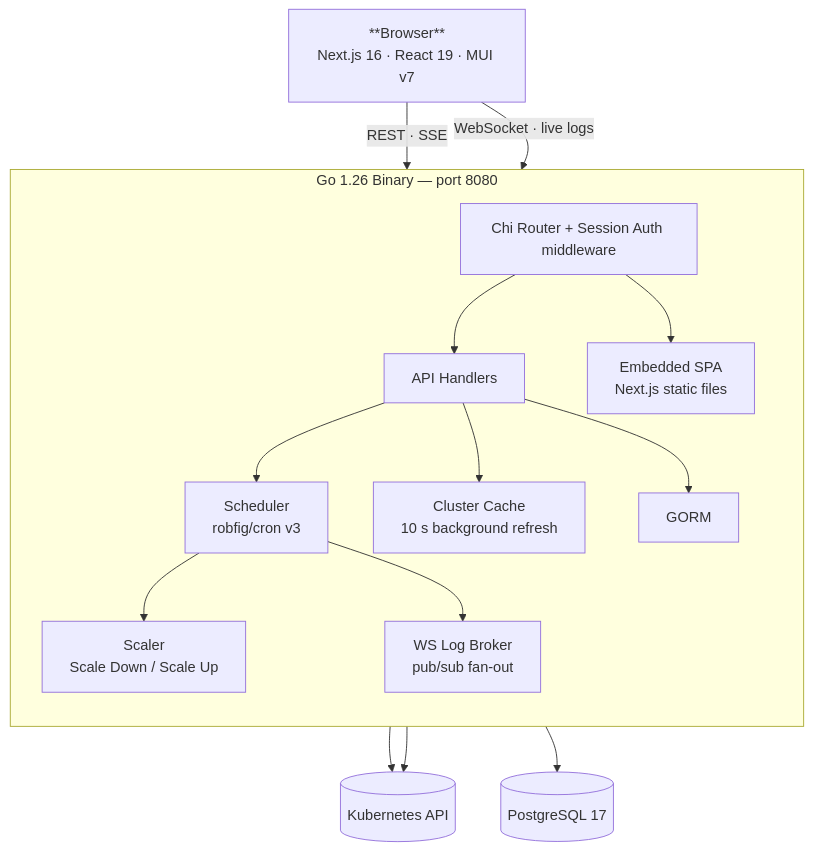
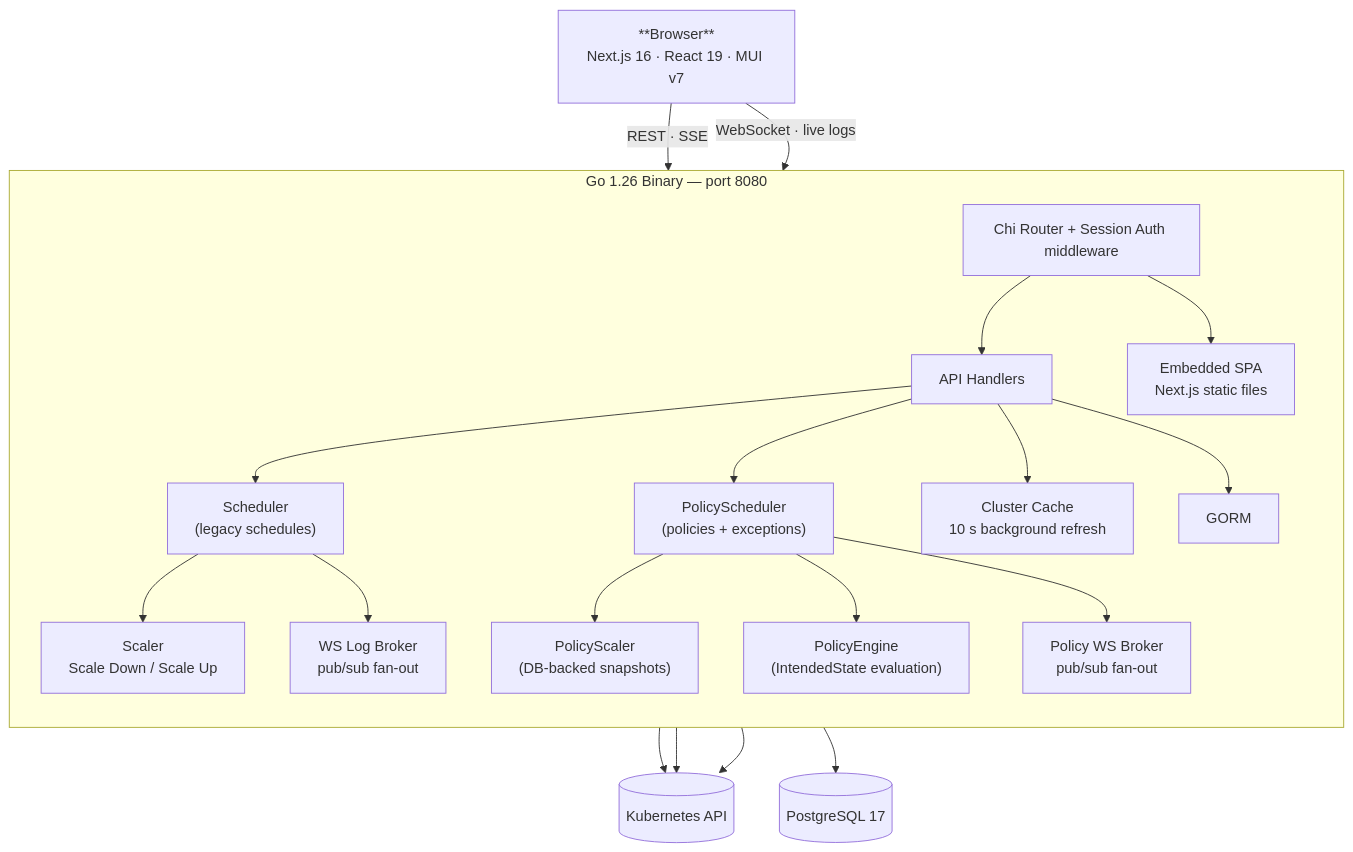
One commit to MacXsimilian/kube-phoenix changed the diagram in README.md. Above: the diagram before and after it, drawn with Mermaid. The commit also changed other lines of this file and 8 other files, not shown here.

First line of the commit message:
docs: update all docs and diagrams for policy model; rename reset-db route

````diff
--- a/README.md
+++ b/README.md
@@ -109,32 +133,41 @@
 ```mermaid
 flowchart TB
     Browser["**Browser**<br/>Next.js 16 · React 19 · MUI v7"]
 
     subgraph Binary["Go 1.26 Binary — port 8080"]
         direction TB
         Router["Chi Router + Session Auth middleware"]
         Handlers["API Handlers"]
-        Scheduler["Scheduler<br/>robfig/cron v3"]
+        Scheduler["Scheduler<br/>(legacy schedules)"]
+        PolicyScheduler["PolicyScheduler<br/>(policies + exceptions)"]
+        PolicyEngine["PolicyEngine<br/>(IntendedState evaluation)"]
         Scaler["Scaler<br/>Scale Down / Scale Up"]
+        PolicyScaler["PolicyScaler<br/>(DB-backed snapshots)"]
         Cache["Cluster Cache<br/>10 s background refresh"]
         Broker["WS Log Broker<br/>pub/sub fan-out"]
+        PolicyBroker["Policy WS Broker<br/>pub/sub fan-out"]
         GORM["GORM"]
         SPA["Embedded SPA<br/>Next.js static files"]
     end
 
     K8s[("Kubernetes API")]
     PG[("PostgreSQL 17")]
 
     Browser -- "REST · SSE" --> Router
     Browser -- "WebSocket · live logs" --> Router
     Router --> Handlers
     Router --> SPA
     Handlers --> Scheduler
+    Handlers --> PolicyScheduler
     Handlers --> Cache
     Handlers --> GORM
     Scheduler --> Scaler
     Scheduler --> Broker
+    PolicyScheduler --> PolicyScaler
+    PolicyScheduler --> PolicyEngine
+    PolicyScheduler --> PolicyBroker
+    PolicyScaler --> K8s
     Scaler --> K8s
     Cache --> K8s
     GORM --> PG
 ```
````
